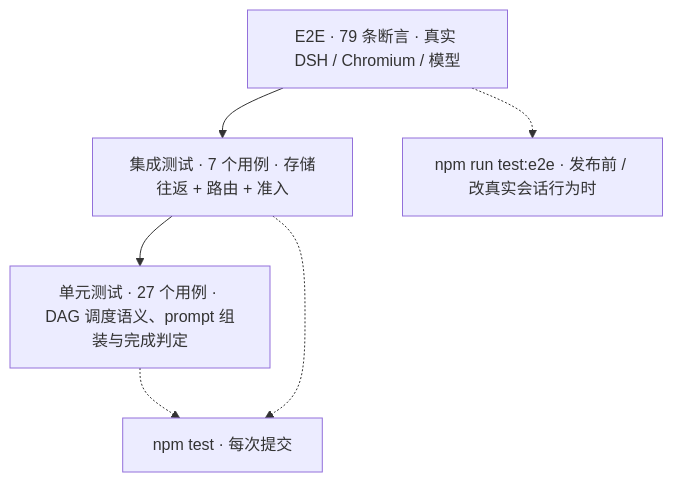
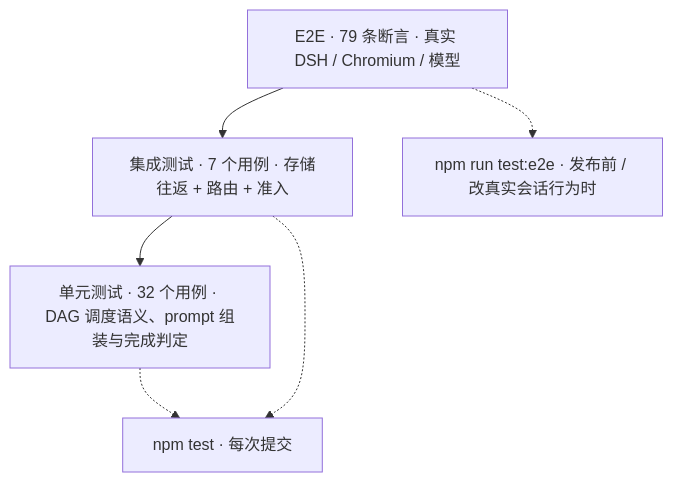
One commit to czyt1988/dsh-workflow-orchestrator changed the first of 2 diagrams in docs/dev/testing.md. Above: the diagram before and after it, drawn with Mermaid. The commit also changed other lines of this file and 14 other files, not shown here.

````diff
--- a/docs/dev/testing.md
+++ b/docs/dev/testing.md
@@ -13,10 +13,10 @@
 ```mermaid
 flowchart TB
   A["E2E · 79 条断言 · 真实 DSH / Chromium / 模型"]
   B["集成测试 · 7 个用例 · 存储往返 + 路由 + 准入"]
-  C["单元测试 · 27 个用例 · DAG 调度语义、prompt 组装与完成判定"]
+  C["单元测试 · 32 个用例 · DAG 调度语义、prompt 组装与完成判定"]
   A --> B --> C
   C -.-> D["npm test · 每次提交"]
   B -.-> D
   A -.-> E["npm run test:e2e · 发布前 / 改真实会话行为时"]
 ```
````
